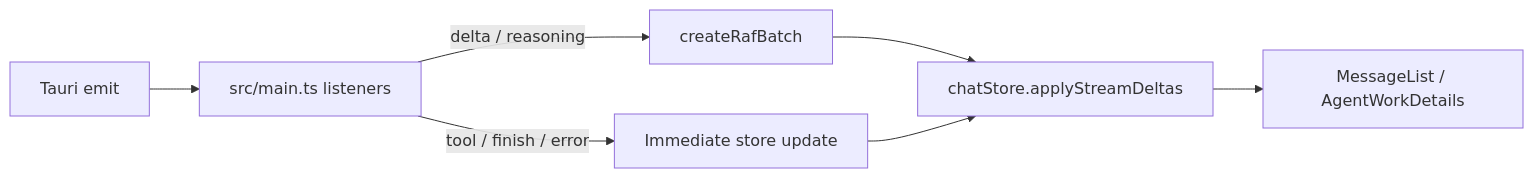
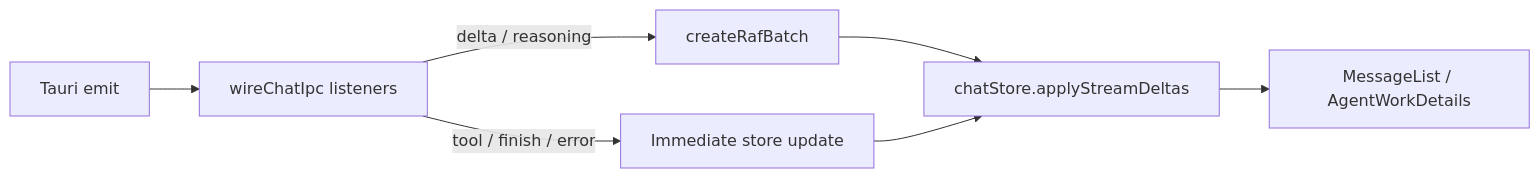
The ninth of 18 diagrams in docs/architecture-overview.md (rururunu/Anya), drawn with Mermaid before and after one commit. The commit also changed other lines of this file and 86 other files, not shown here.

````diff
--- a/docs/architecture-overview.md
+++ b/docs/architecture-overview.md
@@ -346,9 +392,9 @@
 ```mermaid
 flowchart LR
-  Emit[Tauri emit] --> Listen[src/main.ts listeners]
+  Emit[Tauri emit] --> Listen[wireChatIpc listeners]
   Listen -->|delta / reasoning| RAF[createRafBatch]
   Listen -->|tool / finish / error| Sync[Immediate store update]
   RAF --> Store[chatStore.applyStreamDeltas]
   Sync --> Store
   Store --> UI[MessageList / AgentWorkDetails]
 ```
````
